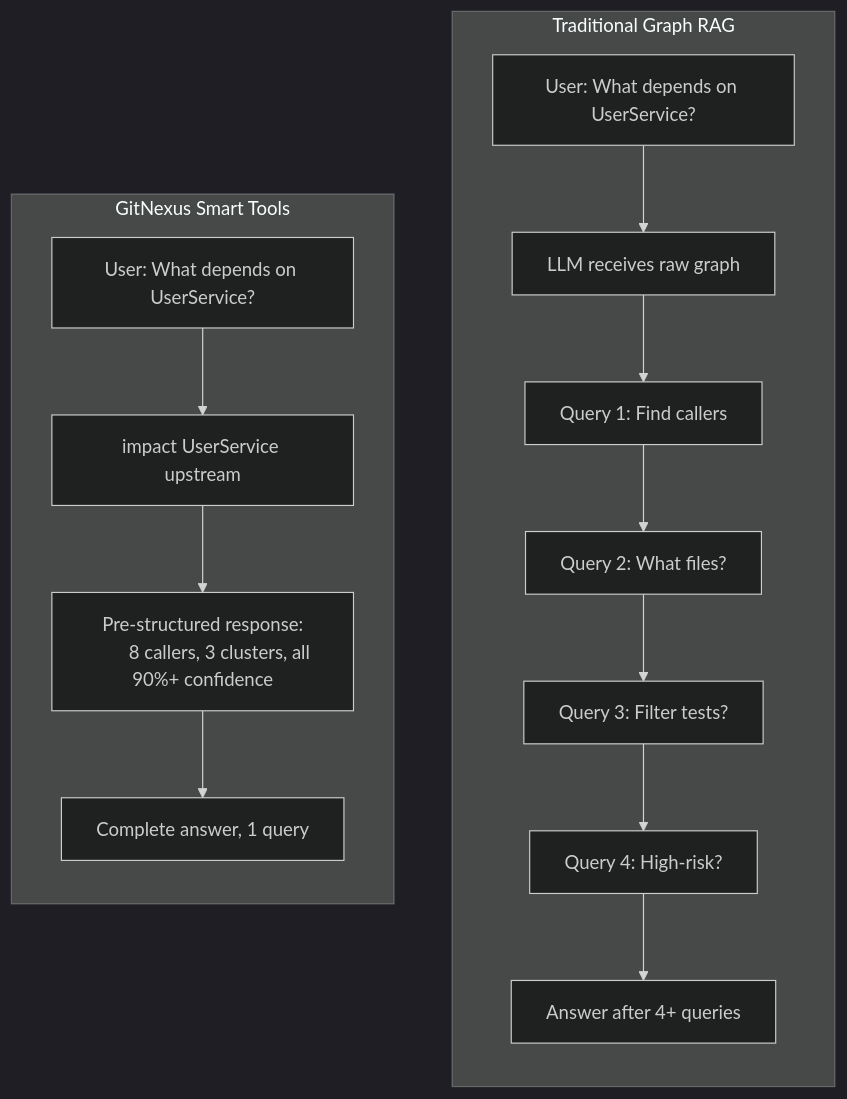
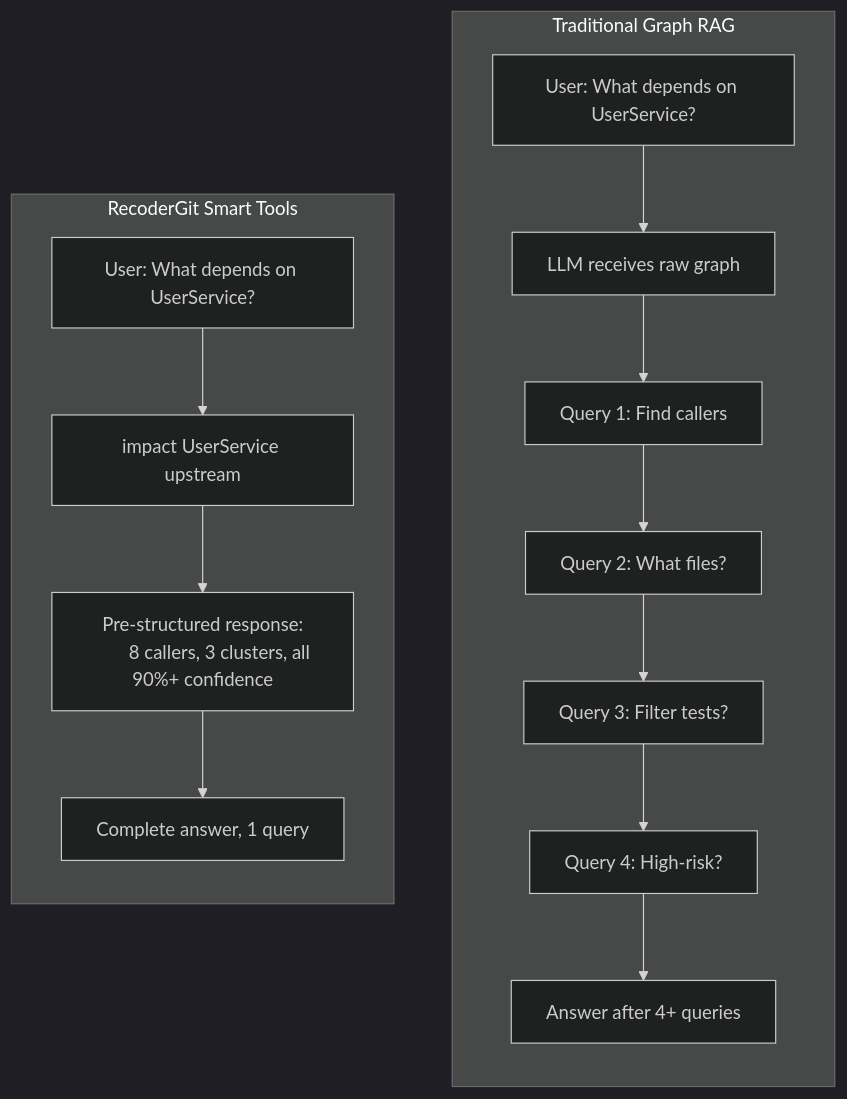
The second of 2 diagrams in ts/recodergit/README.md (caelum0x/recoder.xyz), drawn with Mermaid (dark theme) before and after one commit. The commit also changed other lines of this file and 4867 other files, not shown here.

````diff
--- a/ts/recodergit/README.md
+++ b/ts/recodergit/README.md
@@ -644,22 +644,22 @@
 ```mermaid
 flowchart TB
     subgraph Traditional["Traditional Graph RAG"]
         direction TB
         U1["User: What depends on UserService?"]
         U1 --> LLM1["LLM receives raw graph"]
         LLM1 --> Q1["Query 1: Find callers"]
         Q1 --> Q2["Query 2: What files?"]
         Q2 --> Q3["Query 3: Filter tests?"]
         Q3 --> Q4["Query 4: High-risk?"]
         Q4 --> OUT1["Answer after 4+ queries"]
     end
 
-    subgraph GN["GitNexus Smart Tools"]
+    subgraph GN["RecoderGit Smart Tools"]
         direction TB
         U2["User: What depends on UserService?"]
         U2 --> TOOL["impact UserService upstream"]
         TOOL --> PRECOMP["Pre-structured response:
         8 callers, 3 clusters, all 90%+ confidence"]
         PRECOMP --> OUT2["Complete answer, 1 query"]
     end
 ```
````
